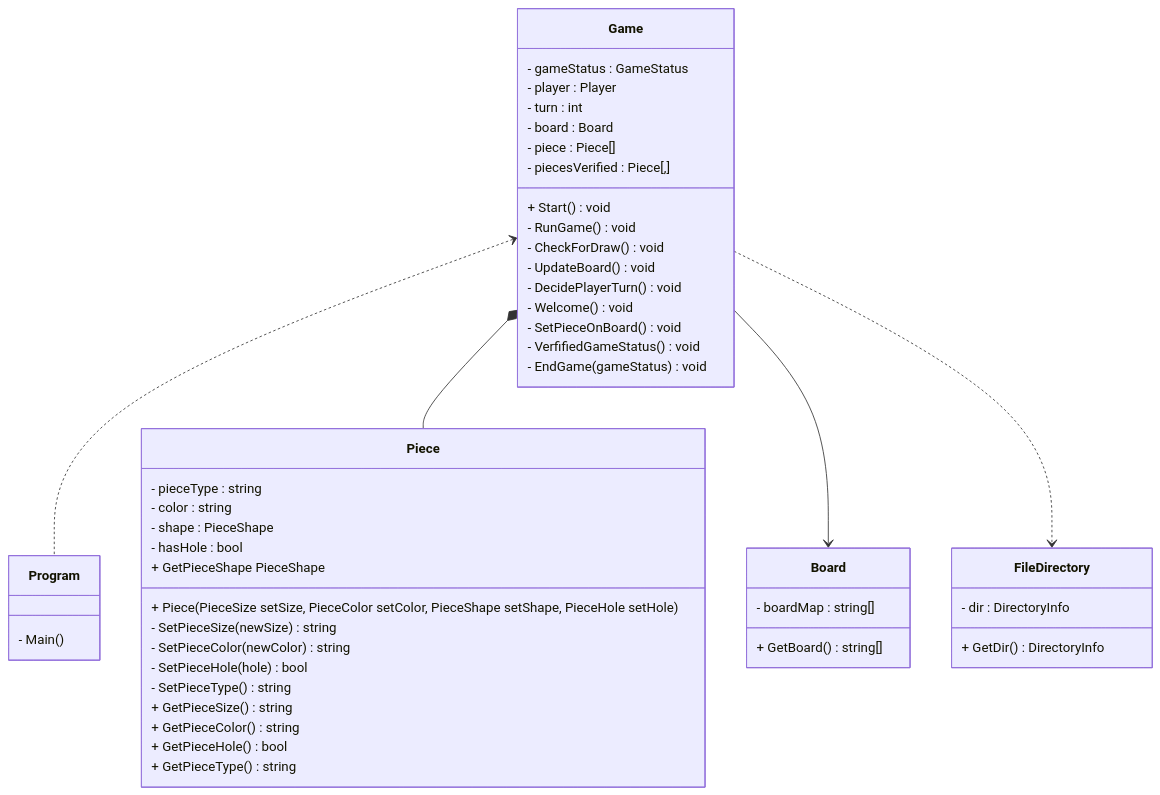
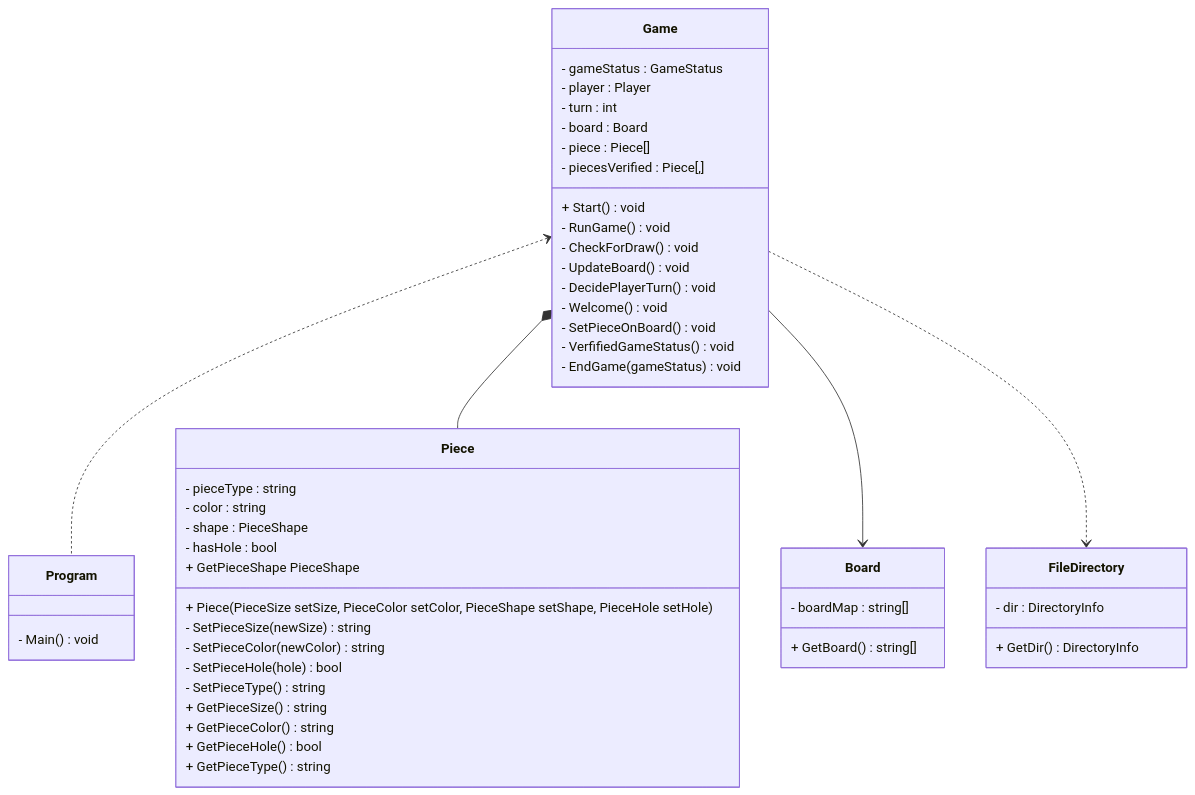
One commit to bryanb619/GaloDaVelha changed the diagram in UML_Diagram.md. Above: the diagram before and after it, drawn with Mermaid.

Commit message:
Code cleanup & corrected Main with void

````diff
--- a/UML_Diagram.md
+++ b/UML_Diagram.md
@@ -3,68 +3,69 @@
 ```mermaid
 
 classDiagram
 
 
 
     Game    <.. Program 
     Game    *--  Piece
     Game    --> Board
     Game    ..> FileDirectory
 
     class Program{
-       - Main()
+       - Main()                     void
      
     }
     class Piece{
-        - pieceType : string
-        - color : string
-        - shape : PieceShape 
-        - hasHole : bool
+        - pieceType                 : string
+        - color                     : string
+        - shape                     : PieceShape 
+        - hasHole                   : bool
+
         + Piece(PieceSize setSize, PieceColor setColor, PieceShape setShape, PieceHole setHole)
 
-        - SetPieceSize (newSize)  string
-        - SetPieceColor (newColor) string
-        - SetPieceHole (hole) bool
-        - SetPieceType() string
+        - SetPieceSize (newSize)    string
+        - SetPieceColor (newColor)  string
+        - SetPieceHole (hole)       bool
+        - SetPieceType()            string
 
-        + GetPieceSize() string
-        + GetPieceColor() string 
-        + GetPieceShape PieceShape
-        + GetPieceHole() bool
-        + GetPieceType() string
+        + GetPieceSize()            string
+        + GetPieceColor()           string 
+        + GetPieceShape             PieceShape
+        + GetPieceHole()            bool
+        + GetPieceType()            string
     }
 
     
     class Board{
-        - boardMap : string[]
-        + GetBoard() string[]
+        - boardMap :                string[]
+        + GetBoard()                string[]
         
 
     }
     class Game{
-        - gameStatus            : GameStatus
-        - player                : Player
-        - turn                  : int
-        - board                 : Board
-        - piece                 : Piece[]
-        - piecesVerified        : Piece[,]
+        - gameStatus                : GameStatus
+        - player                    : Player
+        - turn                      : int
+        - board                     : Board
+        - piece                     : Piece[]
+        - piecesVerified            : Piece[,]
 
-        + Start()               void
-        - RunGame()             void
-        - CheckForDraw()        void
-        - UpdateBoard()         void
-        - DecidePlayerTurn()    void
-        - Welcome()             void
-        - SetPieceOnBoard()     void
-        - VerfifiedGameStatus() void
-        - EndGame(gameStatus)   void
+        + Start()                   void
+        - RunGame()                 void
+        - CheckForDraw()            void
+        - UpdateBoard()             void
+        - DecidePlayerTurn()        void
+        - Welcome()                 void
+        - SetPieceOnBoard()         void
+        - VerfifiedGameStatus()     void
+        - EndGame(gameStatus)       void
 
     }
 
     class FileDirectory{
         - dir : DirectoryInfo 
         + GetDir() DirectoryInfo
     }
     
 
 ```
````
